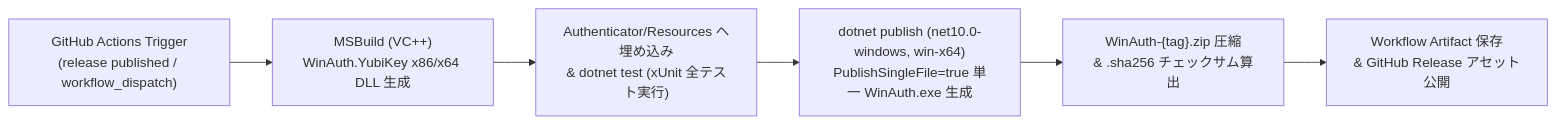
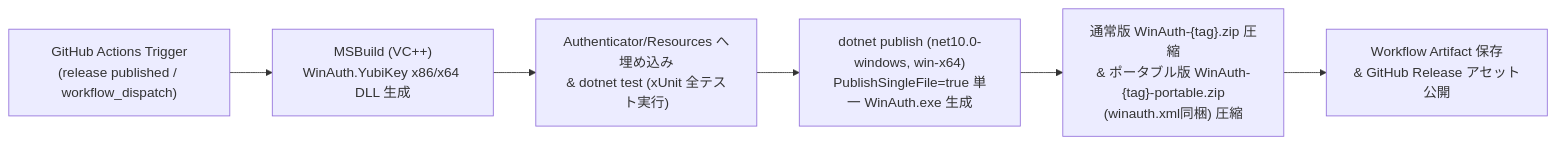
Before and after one commit to CTD-Networks-CO-LTD/winauth: the second of 2 diagrams in .gear/3_詳細設計/34_アーキテクチャ構成図.md, drawn with Mermaid. The commit also changed 9 other files, not shown here.

First line of the commit message:
リリース時「WinAuth-{tag}-portable.zip」生成対応および .sha256 生成廃止

````diff
--- a/.gear/3_詳細設計/34_アーキテクチャ構成図.md
+++ b/.gear/3_詳細設計/34_アーキテクチャ構成図.md
@@ -79,8 +79,8 @@
 ```mermaid
 flowchart LR
     A["GitHub Actions Trigger<br/>(release published / workflow_dispatch)"] --> B["MSBuild (VC++)<br/>WinAuth.YubiKey x86/x64 DLL 生成"]
     B --> C["Authenticator/Resources へ埋め込み<br/>& dotnet test (xUnit 全テスト実行)"]
     C --> D["dotnet publish (net10.0-windows, win-x64)<br/>PublishSingleFile=true 単一 WinAuth.exe 生成"]
-    D --> E["WinAuth-{tag}.zip 圧縮<br/>& .sha256 チェックサム算出"]
+    D --> E["通常版 WinAuth-{tag}.zip 圧縮<br/>& ポータブル版 WinAuth-{tag}-portable.zip<br/>(winauth.xml同梱) 圧縮"]
     E --> F["Workflow Artifact 保存<br/>& GitHub Release アセット公開"]
 ```
````
